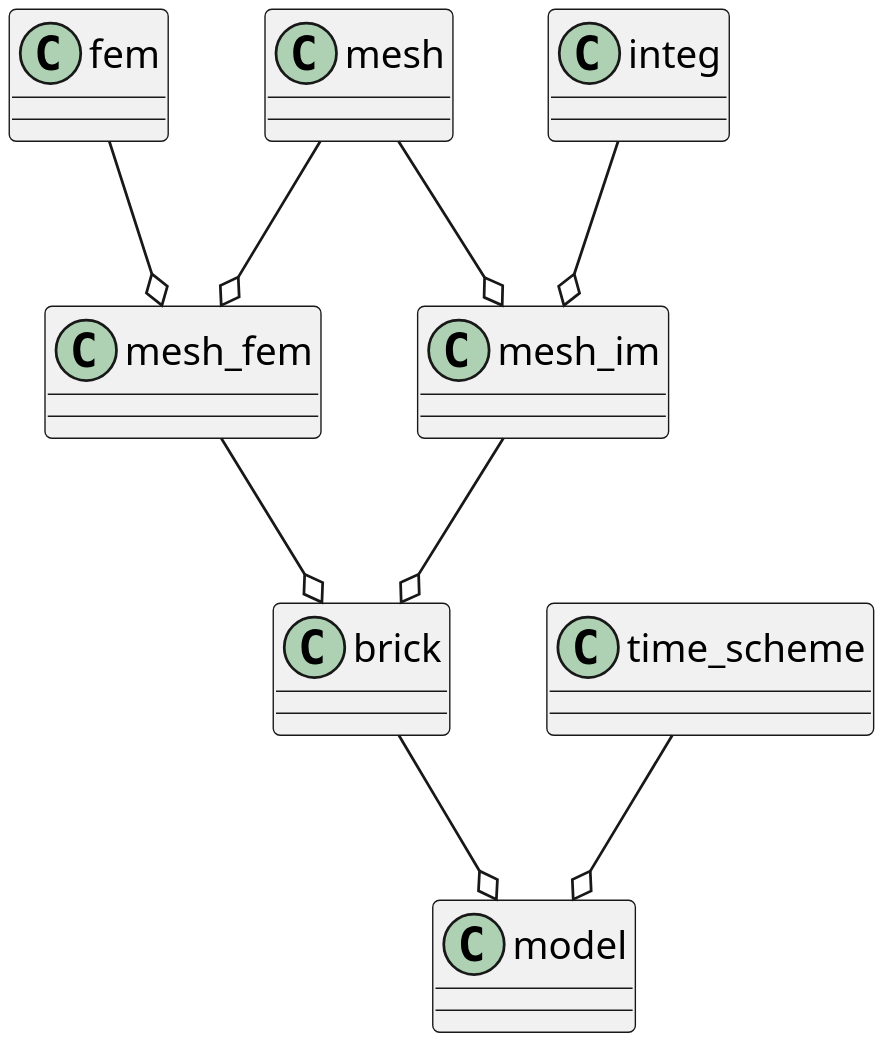
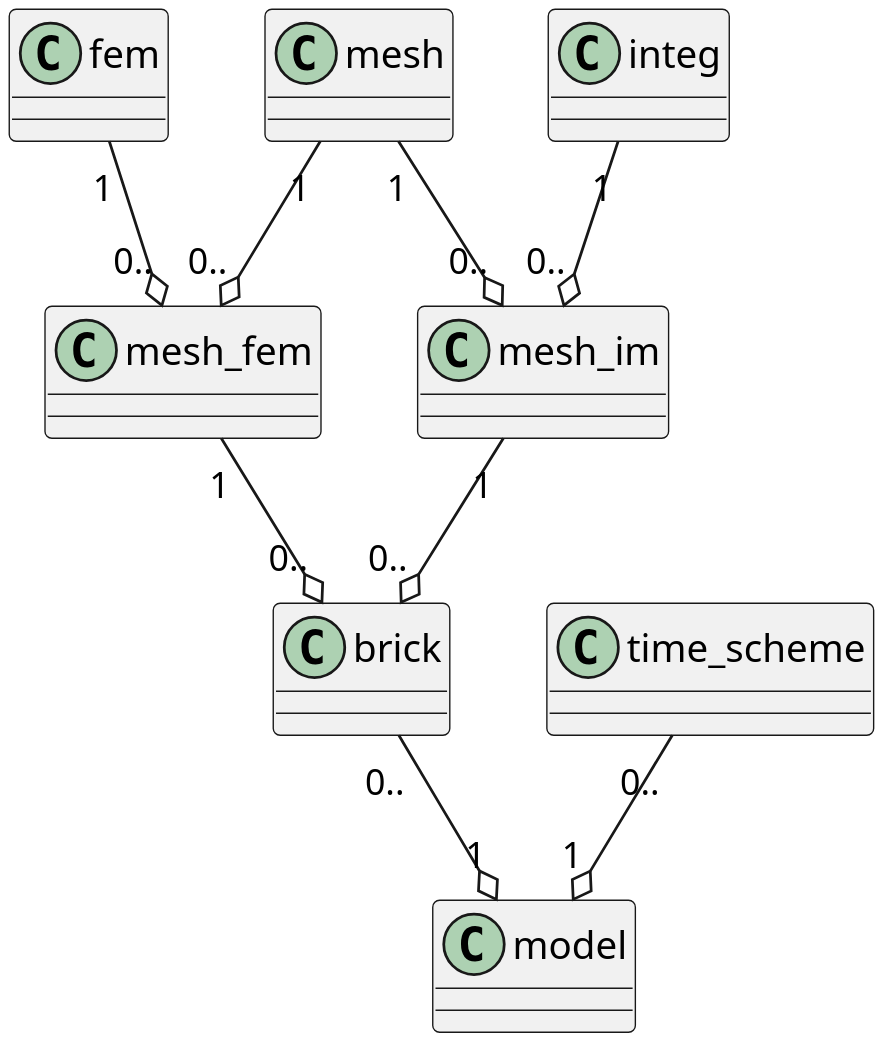
The diagram in GetFEM.puml (tkoyama010/OpenCAE-tkoyama010), drawn with PlantUML before and after one commit. The commit also changed 3 other files, not shown here.

```diff
--- a/GetFEM.puml
+++ b/GetFEM.puml
@@ -1,11 +1,11 @@
 @startuml{GetFEM.png}
 skinparam dpi 300
-mesh --o mesh_fem
-fem --o mesh_fem
-mesh --o mesh_im
-integ --o mesh_im
-mesh_fem --o brick
-mesh_im --o brick
-brick --o model
-time_scheme --o model
+mesh        "1"   --o "0.." mesh_fem
+fem         "1"   --o "0.." mesh_fem
+mesh        "1"   --o "0.." mesh_im
+integ       "1"   --o "0.." mesh_im
+mesh_fem    "1"   --o "0.." brick
+mesh_im     "1"   --o "0.." brick
+brick       "0.." --o "1"   model
+time_scheme "0.." --o "1"   model
 @enduml
```
